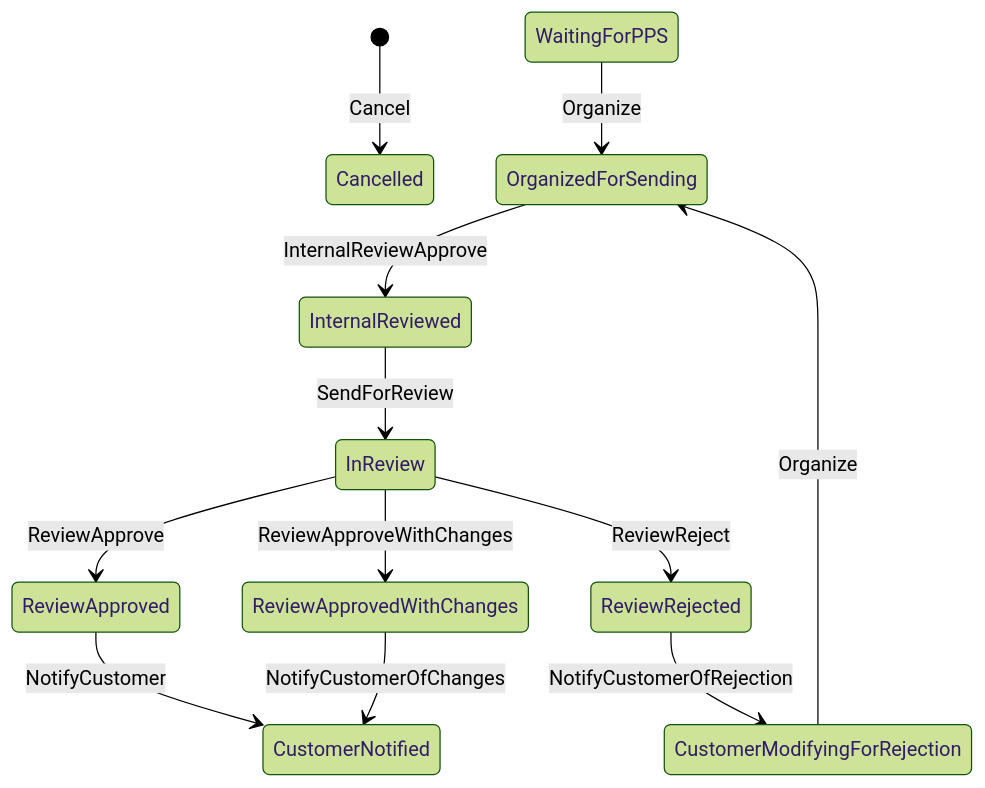
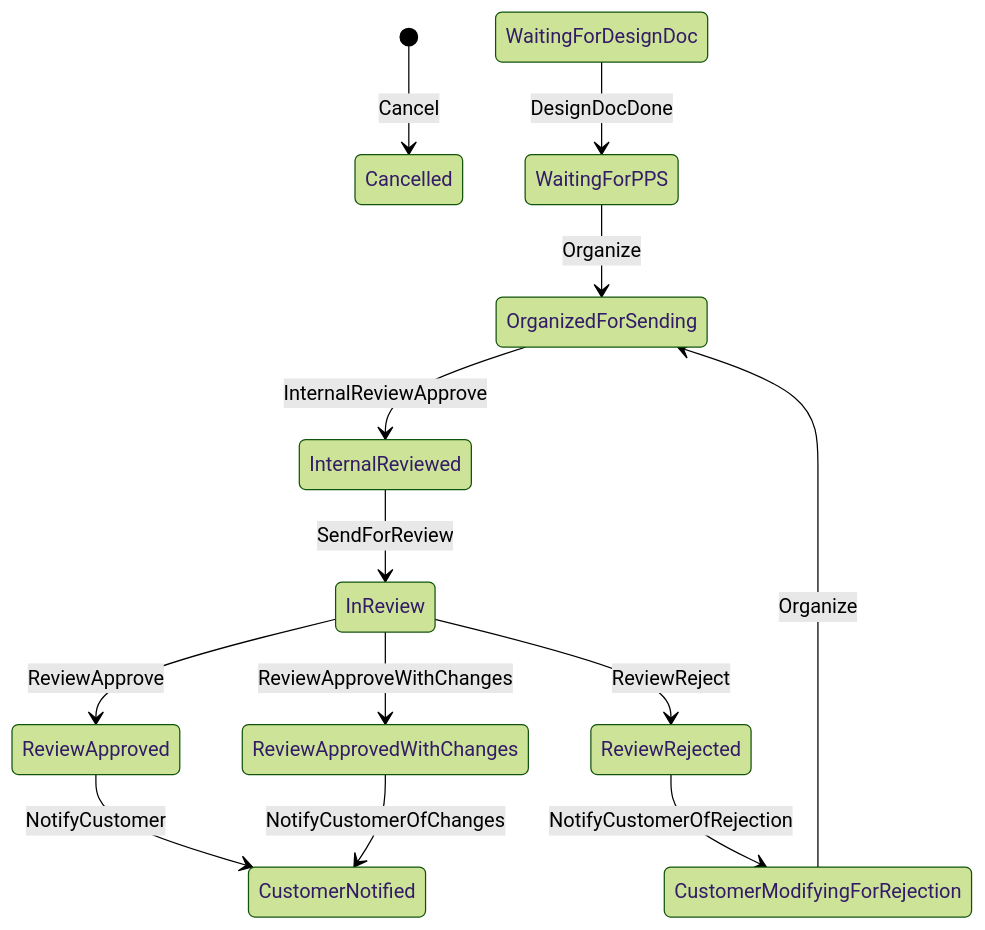
The diagram in docs/PPS.mermaid (FIPOCHINA/fipo-fsm), drawn with Mermaid (forest theme) before and after one commit. The commit also changed 7 other files, not shown here.

```diff
--- a/docs/PPS.mermaid
+++ b/docs/PPS.mermaid
@@ -1,12 +1,13 @@
 stateDiagram-v2
 [*] --> Cancelled : Cancel
+WaitingForDesignDoc --> WaitingForPPS : DesignDocDone
 WaitingForPPS --> OrganizedForSending : Organize
 OrganizedForSending --> InternalReviewed : InternalReviewApprove
 InternalReviewed --> InReview : SendForReview
 InReview --> ReviewApproved : ReviewApprove
 InReview --> ReviewRejected : ReviewReject
 InReview --> ReviewApprovedWithChanges : ReviewApproveWithChanges
 ReviewApproved --> CustomerNotified : NotifyCustomer
 ReviewRejected --> CustomerModifyingForRejection : NotifyCustomerOfRejection
 CustomerModifyingForRejection --> OrganizedForSending : Organize
 ReviewApprovedWithChanges --> CustomerNotified : NotifyCustomerOfChanges
```
